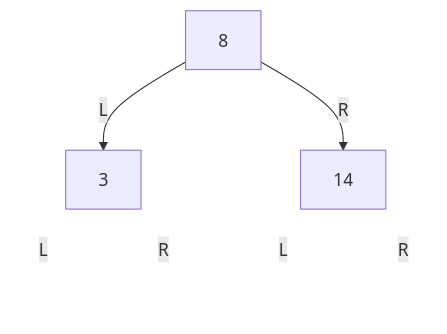
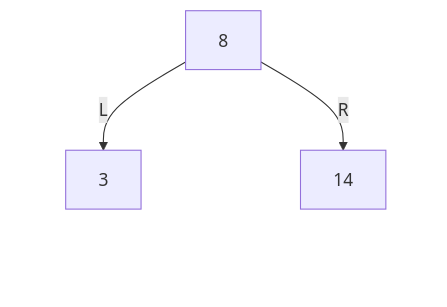
Before and after one commit to FormingSystem/linux_note: the fourth of 19 diagrams in knowledge/linux/data_structures/红黑树_rb-tree/P22_BST删除与子树回接.md, drawn with Mermaid. The commit also changed other lines of this file and 3 other files, not shown here.

````diff
--- a/knowledge/linux/data_structures/红黑树_rb-tree/P22_BST删除与子树回接.md
+++ b/knowledge/linux/data_structures/红黑树_rb-tree/P22_BST删除与子树回接.md
@@ -193,30 +193,30 @@
 ```mermaid
 graph TD
 		A["8"]
 
 		B["3"]
 		C["14"]
 
 		B_L[" "]
 		B_R[" "]
 		C_L[" "]
 		C_R[" "]
 
 	A -->|L| B
 	A -->|R| C
 
-	B -->|L| B_L
-	B -->|R| B_R
+	B --> B_L
+	B --> B_R
 
-	C -->|L| C_L
-	C -->|R| C_R
+	C --> C_L
+	C --> C_R
 
 	classDef ghost fill:transparent,stroke:transparent,color:transparent;
 	class B_L,B_R,C_L,C_R ghost;
 
 
 	linkStyle 2 stroke:transparent;
 	linkStyle 3 stroke:transparent;
 	linkStyle 4 stroke:transparent;
 	linkStyle 5 stroke:transparent;
 ```
````
